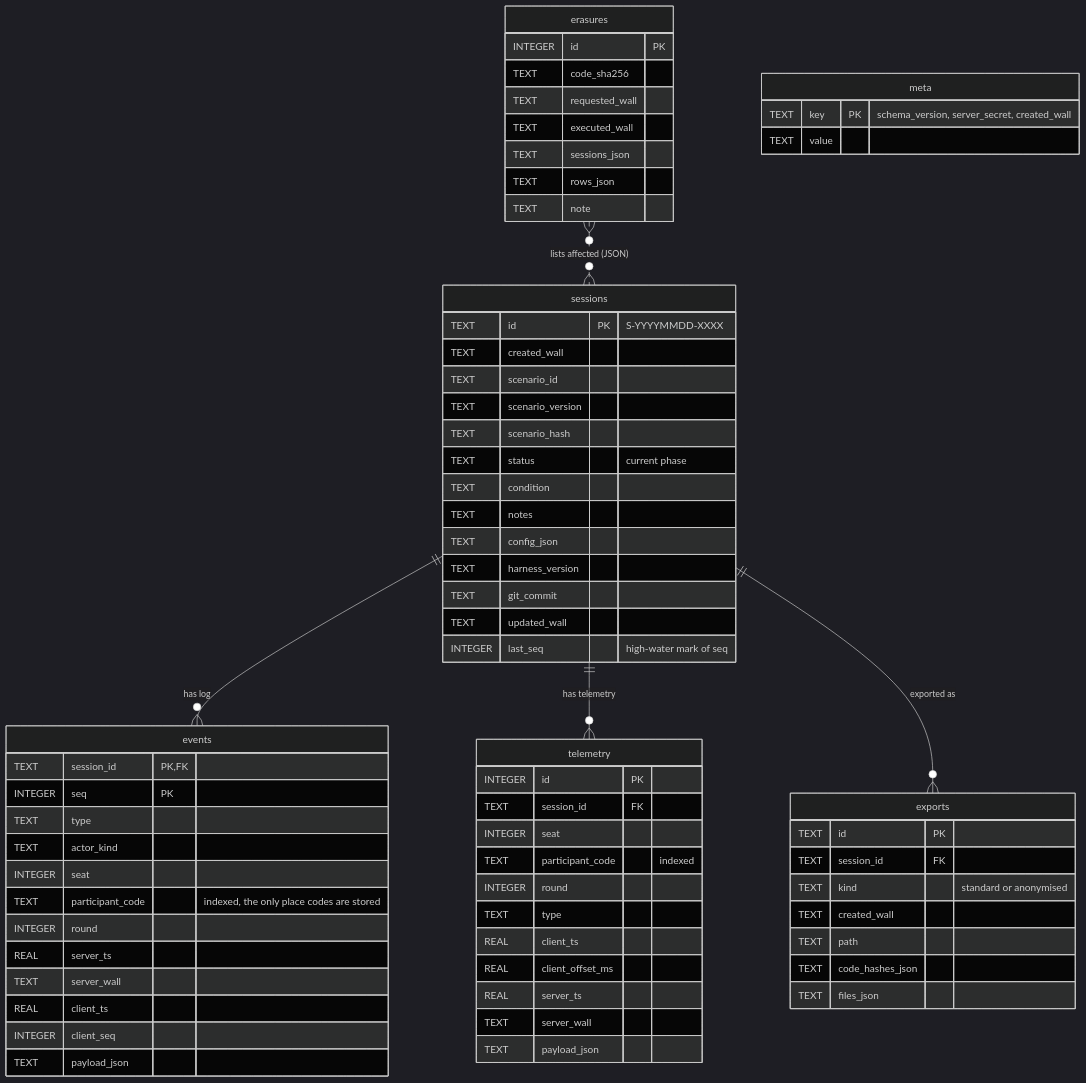
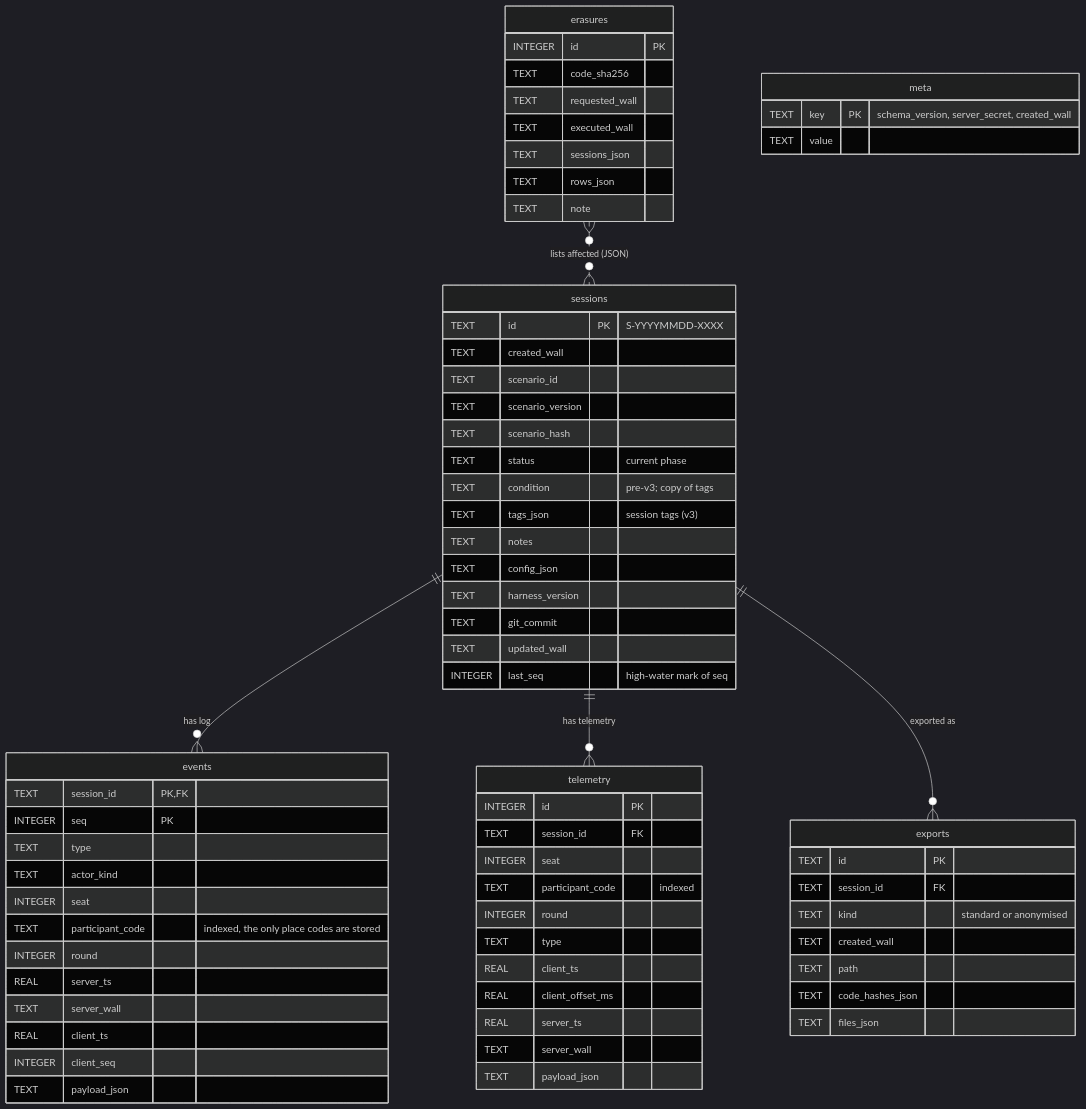
The first of 2 diagrams in docs/DATA-TYPES.md (xy-zak/WhoKnowsWhoActs), drawn with Mermaid (dark theme) before and after one commit. The commit also changed other lines of this file and 15 other files, not shown here.

First line of the commit message:
Replace condition with session tags; add player appearance setting

````diff
--- a/docs/DATA-TYPES.md
+++ b/docs/DATA-TYPES.md
@@ -55,71 +55,72 @@
 ```mermaid
 erDiagram
   sessions ||--o{ events : "has log"
   sessions ||--o{ telemetry : "has telemetry"
   sessions ||--o{ exports : "exported as"
   erasures }o..o{ sessions : "lists affected (JSON)"
   meta {
     TEXT key PK "schema_version, server_secret, created_wall"
     TEXT value
   }
   sessions {
     TEXT id PK "S-YYYYMMDD-XXXX"
     TEXT created_wall
     TEXT scenario_id
     TEXT scenario_version
     TEXT scenario_hash
     TEXT status "current phase"
-    TEXT condition
+    TEXT condition "pre-v3; copy of tags"
+    TEXT tags_json "session tags (v3)"
     TEXT notes
     TEXT config_json
     TEXT harness_version
     TEXT git_commit
     TEXT updated_wall
     INTEGER last_seq "high-water mark of seq"
   }
   events {
     TEXT session_id PK, FK
     INTEGER seq PK
     TEXT type
     TEXT actor_kind
     INTEGER seat
     TEXT participant_code "indexed, the only place codes are stored"
     INTEGER round
     REAL server_ts
     TEXT server_wall
     REAL client_ts
     INTEGER client_seq
     TEXT payload_json
   }
   telemetry {
     INTEGER id PK
     TEXT session_id FK
     INTEGER seat
     TEXT participant_code "indexed"
     INTEGER round
     TEXT type
     REAL client_ts
     REAL client_offset_ms
     REAL server_ts
     TEXT server_wall
     TEXT payload_json
   }
   erasures {
     INTEGER id PK
     TEXT code_sha256
     TEXT requested_wall
     TEXT executed_wall
     TEXT sessions_json
     TEXT rows_json
     TEXT note
   }
   exports {
     TEXT id PK
     TEXT session_id FK
     TEXT kind "standard or anonymised"
     TEXT created_wall
     TEXT path
     TEXT code_hashes_json
     TEXT files_json
   }
 ```
````
